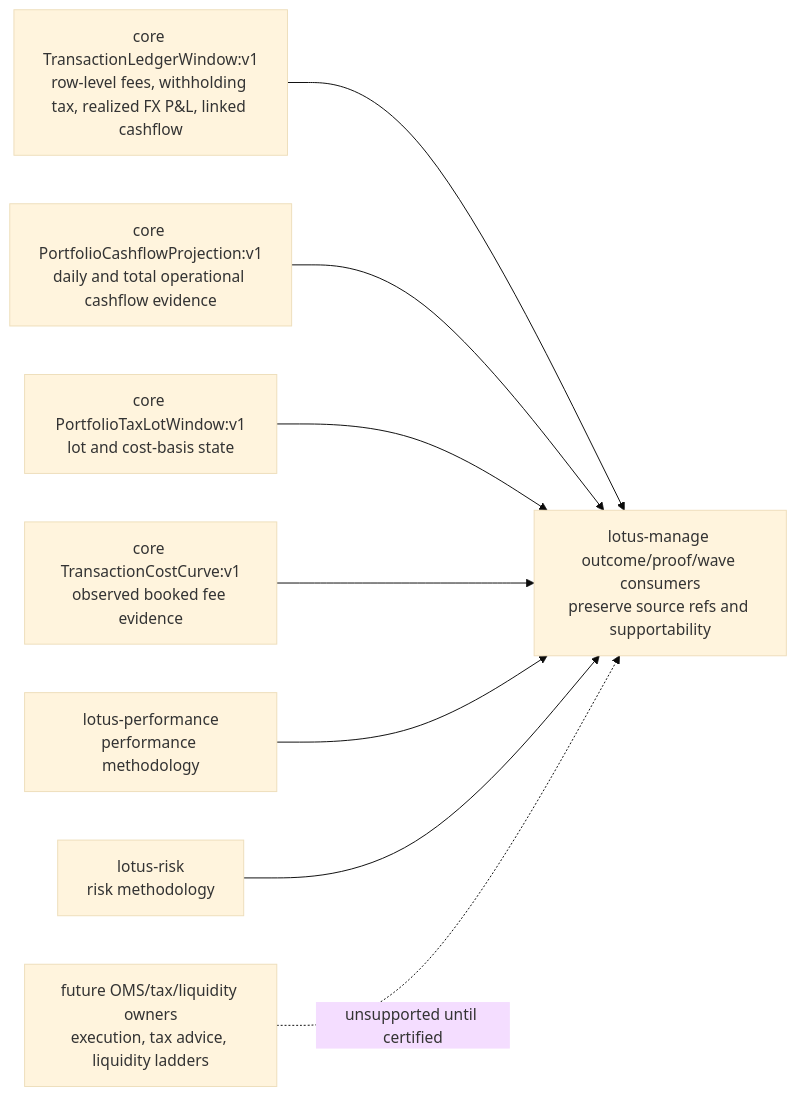
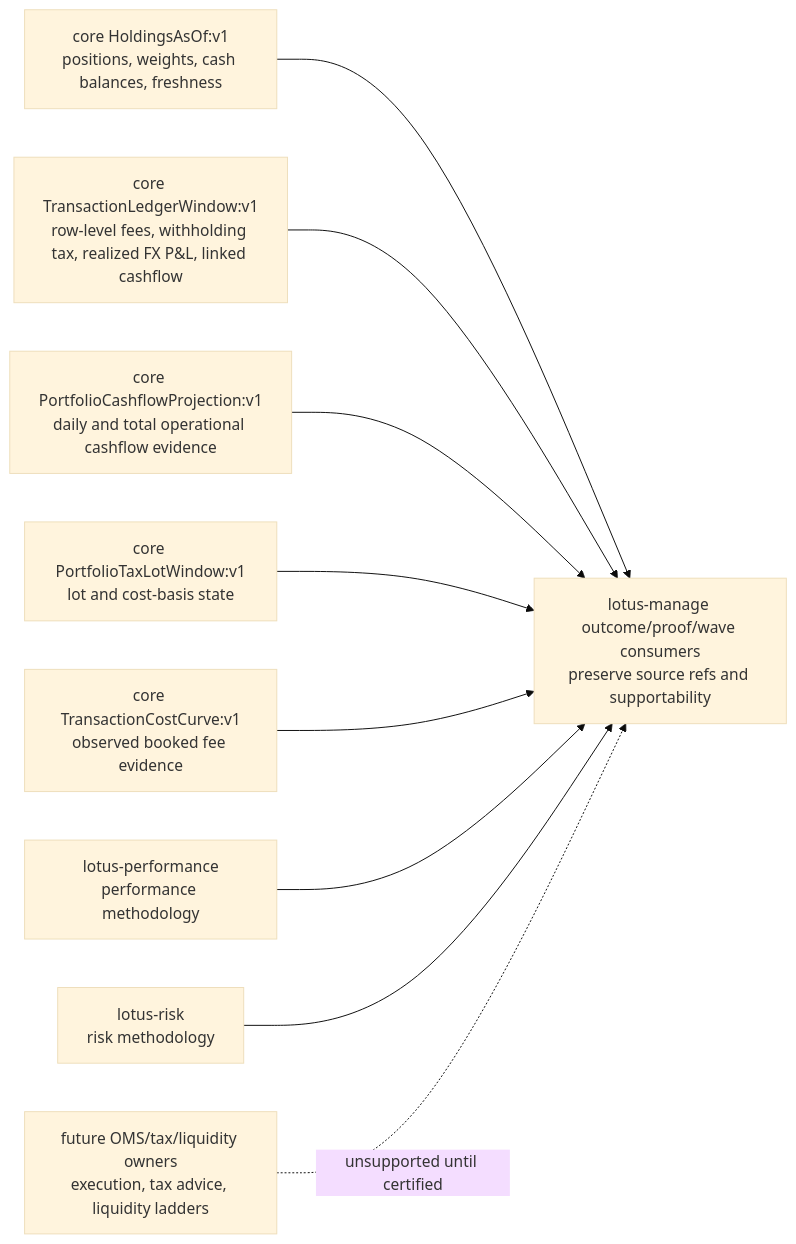
The first of 3 diagrams in wiki/Mesh-Data-Products.md (sgajbi/lotus-core), drawn with Mermaid (base theme) before and after one commit. The commit also changed other lines of this file and 5 other files, not shown here.

````diff
--- a/wiki/Mesh-Data-Products.md
+++ b/wiki/Mesh-Data-Products.md
@@ -98,19 +113,21 @@
 ```mermaid
 flowchart LR
+    CoreHoldings[core HoldingsAsOf:v1<br/>positions, weights, cash balances, freshness]
     CoreLedger[core TransactionLedgerWindow:v1<br/>row-level fees, withholding tax, realized FX P&L, linked cashflow]
     CoreCash[core PortfolioCashflowProjection:v1<br/>daily and total operational cashflow evidence]
     CoreLots[core PortfolioTaxLotWindow:v1<br/>lot and cost-basis state]
     CoreFees[core TransactionCostCurve:v1<br/>observed booked fee evidence]
     Manage[lotus-manage outcome/proof/wave consumers<br/>preserve source refs and supportability]
     Perf[lotus-performance<br/>performance methodology]
     Risk[lotus-risk<br/>risk methodology]
     FutureOwners[future OMS/tax/liquidity owners<br/>execution, tax advice, liquidity ladders]
 
+    CoreHoldings --> Manage
     CoreLedger --> Manage
     CoreCash --> Manage
     CoreLots --> Manage
     CoreFees --> Manage
     Perf --> Manage
     Risk --> Manage
     FutureOwners -. unsupported until certified .-> Manage
 ```
````
